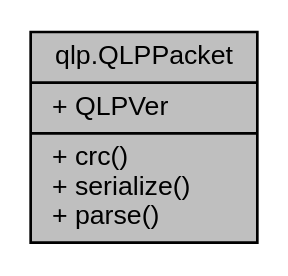
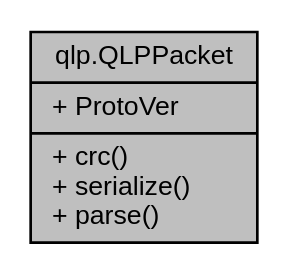
One commit to Quantum-0/qlsc changed the diagram in classqlp_1_1QLPPacket__coll__graph.dot. Above: the diagram before and after it, drawn with Graphviz. The commit also changed 104 other files, not shown here.

```diff
--- a/classqlp_1_1QLPPacket__coll__graph.dot
+++ b/classqlp_1_1QLPPacket__coll__graph.dot
@@ -1,7 +1,7 @@
 digraph "qlp.QLPPacket"
 {
  // LATEX_PDF_SIZE
   edge [fontname="Helvetica",fontsize="10",labelfontname="Helvetica",labelfontsize="10"];
   node [fontname="Helvetica",fontsize="10",shape=record];
-  Node1 [label="{qlp.QLPPacket\n|+ QLPVer\l|+ crc()\l+ serialize()\l+ parse()\l}",height=0.2,width=0.4,color="black", fillcolor="grey75", style="filled", fontcolor="black",tooltip=" "];
+  Node1 [label="{qlp.QLPPacket\n|+ ProtoVer\l|+ crc()\l+ serialize()\l+ parse()\l}",height=0.2,width=0.4,color="black", fillcolor="grey75", style="filled", fontcolor="black",tooltip=" "];
 }
```
